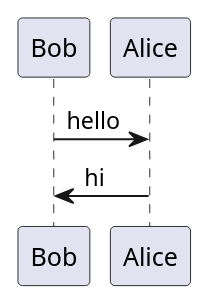
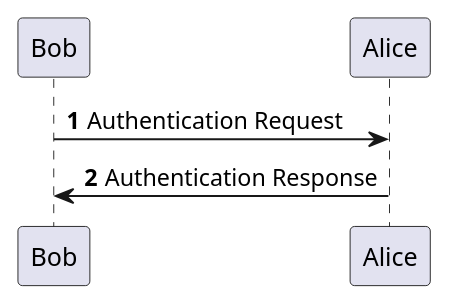
Before and after one commit to ueisele/playground-doc-antora-single: the second of 20 diagrams in docs/modules/ROOT/pages/diagrams/types/plantuml.adoc, drawn with PlantUML. The commit also changed other lines of this file and 5 other files, not shown here.

Commit message:
Add additional PlantUML diagrams

```diff
--- a/docs/modules/ROOT/pages/diagrams/types/plantuml.adoc
+++ b/docs/modules/ROOT/pages/diagrams/types/plantuml.adoc
@@ -60,5 +96,6 @@
-[plantuml, format="svg"]
+[plantuml]
 ----
-Bob -> Alice : hello
-Alice -> Bob : hi
+autonumber
+Bob -> Alice : Authentication Request
+Bob <- Alice : Authentication Response
 ----
```
